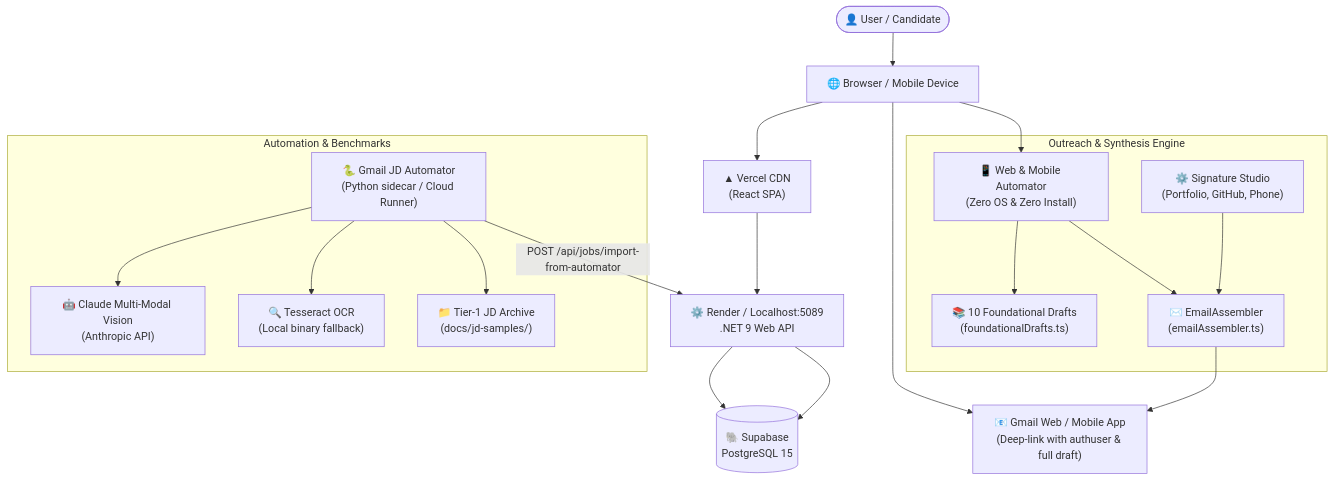
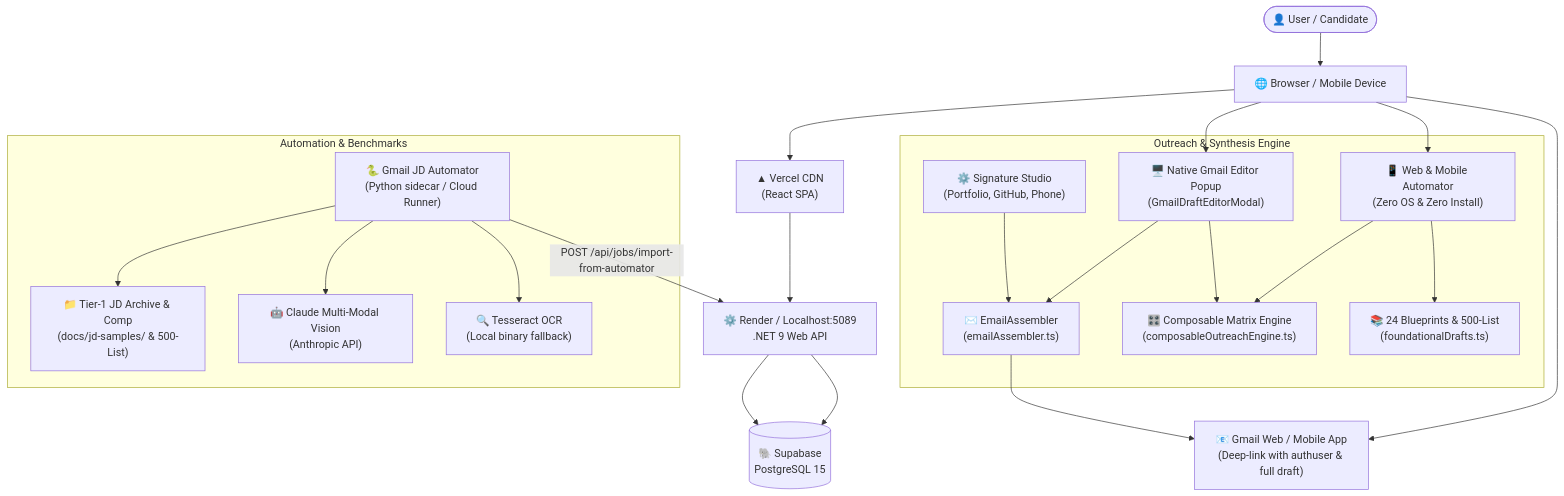
Before and after one commit to coder-pro10z/raycast-job-tracker: the diagram in docs/01-architecture-overview.md, drawn with Mermaid. The commit also changed other lines of this file and 3 other files, not shown here.

Commit message:
docs: synchronize architecture, feature reference, and module guides with composable engine and native editor popup plan

````diff
--- a/docs/01-architecture-overview.md
+++ b/docs/01-architecture-overview.md
@@ -7,34 +7,39 @@
 ```mermaid
 graph TD
     User(["👤 User / Candidate"]) --> Browser["🌐 Browser / Mobile Device"]
     Browser --> Vercel["▲ Vercel CDN\n(React SPA)"]
     Vercel --> API["⚙️ Render / Localhost:5089\n.NET 9 Web API"]
     API --> Supabase[("🐘 Supabase\nPostgreSQL 15")]
     Browser --> GmailCompose["📧 Gmail Web / Mobile App\n(Deep-link with authuser & full draft)"]
 
     subgraph "Outreach & Synthesis Engine"
         EmailAssembler["✉️ EmailAssembler\n(emailAssembler.ts)"]
-        FoundationalDrafts["📚 10 Foundational Drafts\n(foundationalDrafts.ts)"]
+        ComposableEngine["🎛️ Composable Matrix Engine\n(composableOutreachEngine.ts)"]
+        FoundationalDrafts["📚 24 Blueprints & 500-List\n(foundationalDrafts.ts)"]
+        NativeEditor["🖥️ Native Gmail Editor Popup\n(GmailDraftEditorModal)"]
         WebAutomator["📱 Web & Mobile Automator\n(Zero OS & Zero Install)"]
         SettingsStudio["⚙️ Signature Studio\n(Portfolio, GitHub, Phone)"]
     end
 
     subgraph "Automation & Benchmarks"
         Automator["🐍 Gmail JD Automator\n(Python sidecar / Cloud Runner)"]
-        JDArchive["📁 Tier-1 JD Archive\n(docs/jd-samples/)"]
+        JDArchive["📁 Tier-1 JD Archive & Comp\n(docs/jd-samples/ & 500-List)"]
         ClaudeAPI["🤖 Claude Multi-Modal Vision\n(Anthropic API)"]
         Tesseract["🔍 Tesseract OCR\n(Local binary fallback)"]
     end
 
     Browser --> WebAutomator
+    Browser --> NativeEditor
+    WebAutomator --> ComposableEngine
     WebAutomator --> FoundationalDrafts
-    WebAutomator --> EmailAssembler
+    NativeEditor --> ComposableEngine
+    NativeEditor --> EmailAssembler
     SettingsStudio --> EmailAssembler
     EmailAssembler --> GmailCompose
 
     Automator --> ClaudeAPI
     Automator --> Tesseract
     Automator --> JDArchive
     Automator -->|"POST /api/jobs/import-from-automator"| API
     API --> Supabase
 ```
````
